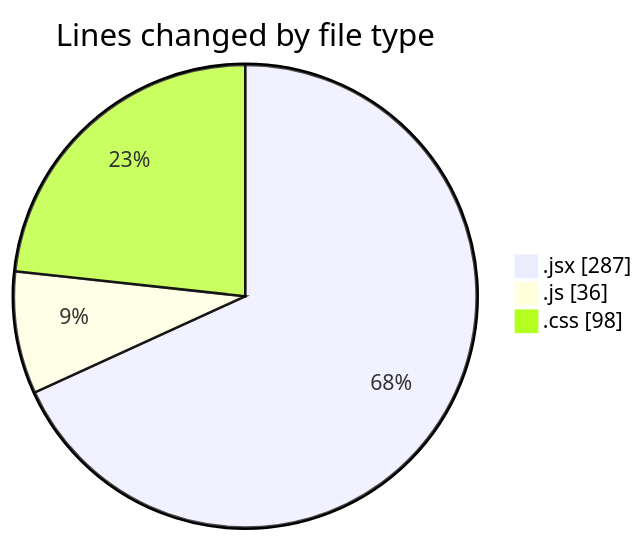
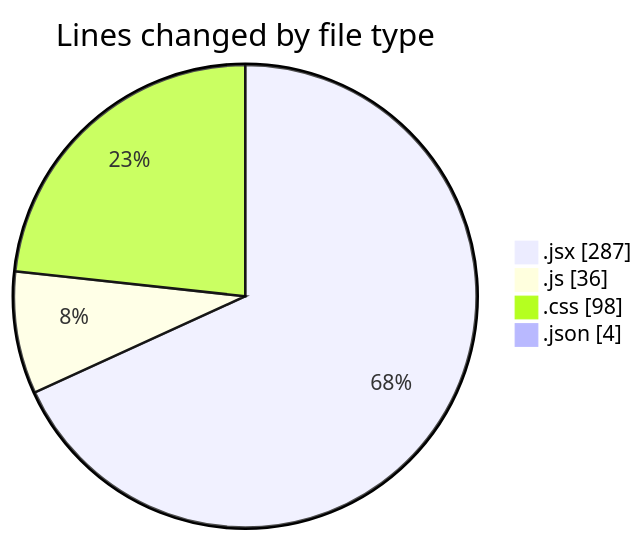
The first of 2 diagrams in 2025-03-09/elitesgpt/README.md (Elitesun/code-tracking), drawn with Mermaid before and after one commit. The commit also changed other lines of this file and 1 other file, not shown here.

````diff
--- a/2025-03-09/elitesgpt/README.md
+++ b/2025-03-09/elitesgpt/README.md
@@ -25,7 +26,8 @@
 ```mermaid
 pie showData
 title Lines changed by file type
 ".jsx" : 287
 ".js" : 36
 ".css" : 98
+".json" : 4
 ```
````
